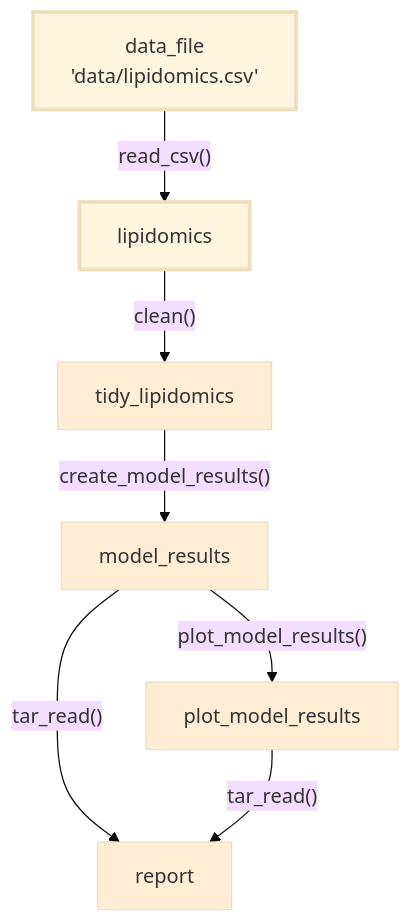
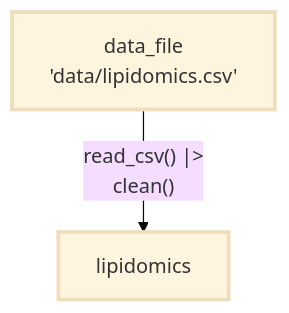
Before and after one commit to rostools/r-cubed-advanced: the third of 3 diagrams in sessions/stats-analyses-basic.qmd, drawn with Mermaid (base theme). The commit also changed other lines of this file, not shown here.

Commit message:
refactor(sessions): :recycle: finished first few sections in basics analysis

````diff
--- a/sessions/stats-analyses-basic.qmd
+++ b/sessions/stats-analyses-basic.qmd
@@ -518,14 +208,9 @@
 ```{mermaid}
-%%| label: fig-stats-analysis-pipeline
+%%| label: fig-stats-analysis-pipeline2
 %%| fig-cap: Targets in our pipeline that we've done in the last session and those we will do in this session.
 %%| echo: false
 graph TB
-    data_file["data_file<br>'data/lipidomics.csv'"]:::done -->|"read_csv()"| lipidomics:::done
-    lipidomics -->|"clean()"| tidy_lipidomics:::wip
-    tidy_lipidomics -->|"create_model_results()"| model_results:::wip
-    model_results -->|"plot_model_results()"| plot_model_results:::wip
-    model_results -->|"tar_read()"| report:::wip
-    plot_model_results -->|"tar_read()"| report:::wip
+    data_file["data_file<br>'data/lipidomics.csv'"]:::done -->|"read_csv() |><br>clean()"| lipidomics:::done
     classDef done stroke-width:3px
     classDef wip fill:#ffedd6
 ```
````
